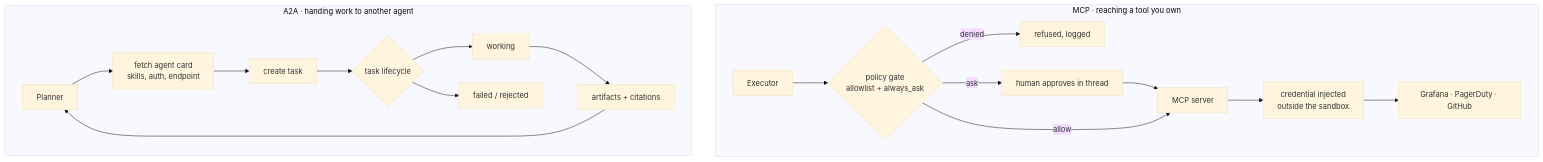
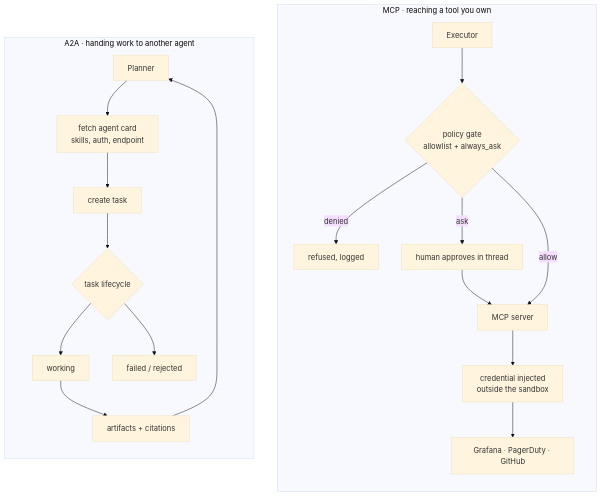
One commit to rppol/claude-tag-poc changed the diagram in docs/diagrams/proto.mmd. Above: the diagram before and after it, drawn with Mermaid (base theme). The commit also changed 8 other files, not shown here.

```diff
--- a/docs/diagrams/proto.mmd
+++ b/docs/diagrams/proto.mmd
@@ -1,21 +1,21 @@
 flowchart TB
   subgraph MCP ["MCP · reaching a tool you own"]
-    direction LR
+    direction TB
     EX["Executor"] --> POL{"policy gate<br/>allowlist + always_ask"}
     POL -- "denied" --> DN["refused, logged"]
     POL -- "ask" --> HU["human approves in thread"]
     HU --> SRV["MCP server"]
     POL -- "allow" --> SRV
     SRV --> CRED["credential injected<br/>outside the sandbox"]
     CRED --> API["Grafana · PagerDuty · GitHub"]
   end
 
   subgraph A2A ["A2A · handing work to another agent"]
-    direction LR
+    direction TB
     PL["Planner"] --> CARD["fetch agent card<br/>skills, auth, endpoint"]
     CARD --> TASK["create task"]
     TASK --> ST{"task lifecycle"}
     ST --> WK["working"] --> ART["artifacts + citations"]
     ST --> FAIL["failed / rejected"]
     ART --> PL
   end
```
